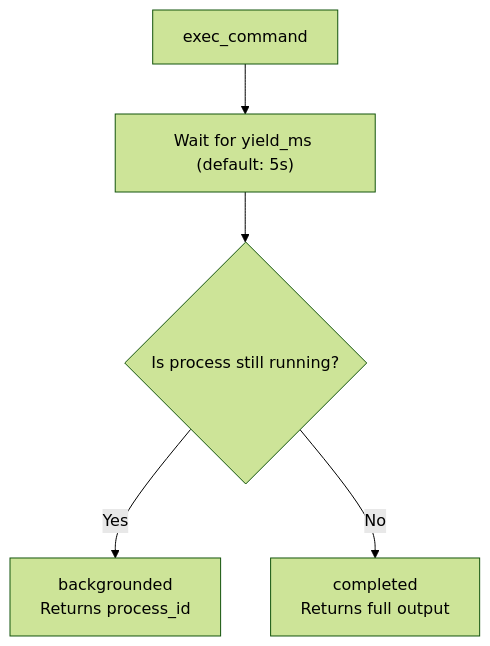
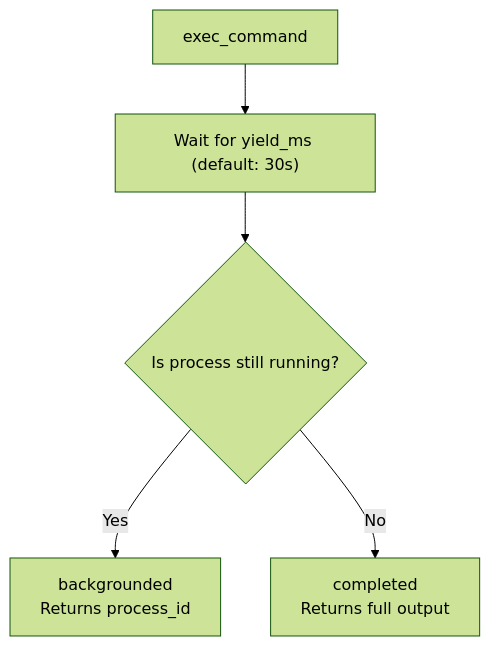
Before and after one commit to crzidea/mcp-yieldshell: the diagram in README.md, drawn with Mermaid (forest theme). The commit also changed other lines of this file and 10 other files, not shown here.

````diff
--- a/README.md
+++ b/README.md
@@ -11,7 +11,7 @@
 ```mermaid
 graph TD
-    A[exec_command] --> B["Wait for yield_ms (default: 5s)"]
+    A[exec_command] --> B["Wait for yield_ms (default: 30s)"]
     B --> C{Is process still running?}
     C -->|Yes| D["backgrounded<br>Returns process_id"]
     C -->|No| E["completed<br>Returns full output"]
 ```
````
